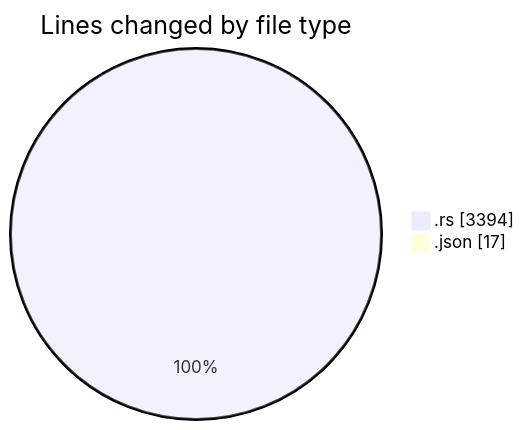
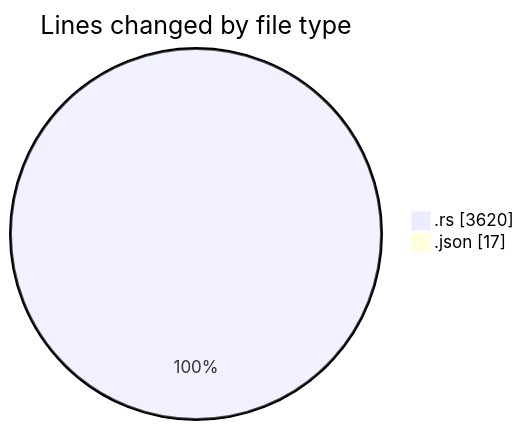
One commit to Ritupan-Deka/code-tracking changed the first of 2 diagrams in 2025-12-28/rust/README.md. Above: the diagram before and after it, drawn with Mermaid. The commit also changed other lines of this file and 1 other file, not shown here.

````diff
--- a/2025-12-28/rust/README.md
+++ b/2025-12-28/rust/README.md
@@ -22,6 +22,6 @@
 ```mermaid
 pie showData
 title Lines changed by file type
-".rs" : 3394
+".rs" : 3620
 ".json" : 17
 ```
````
